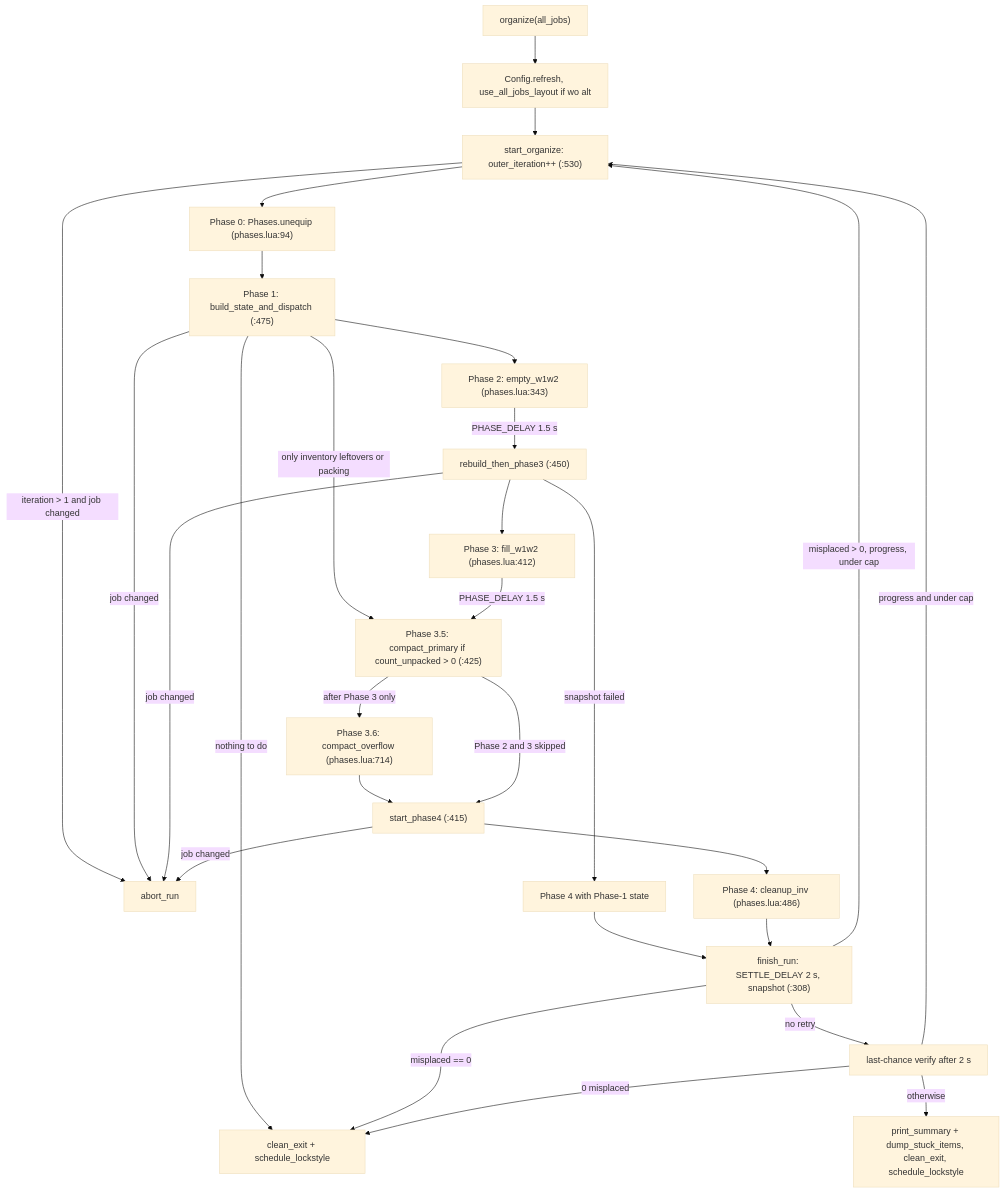
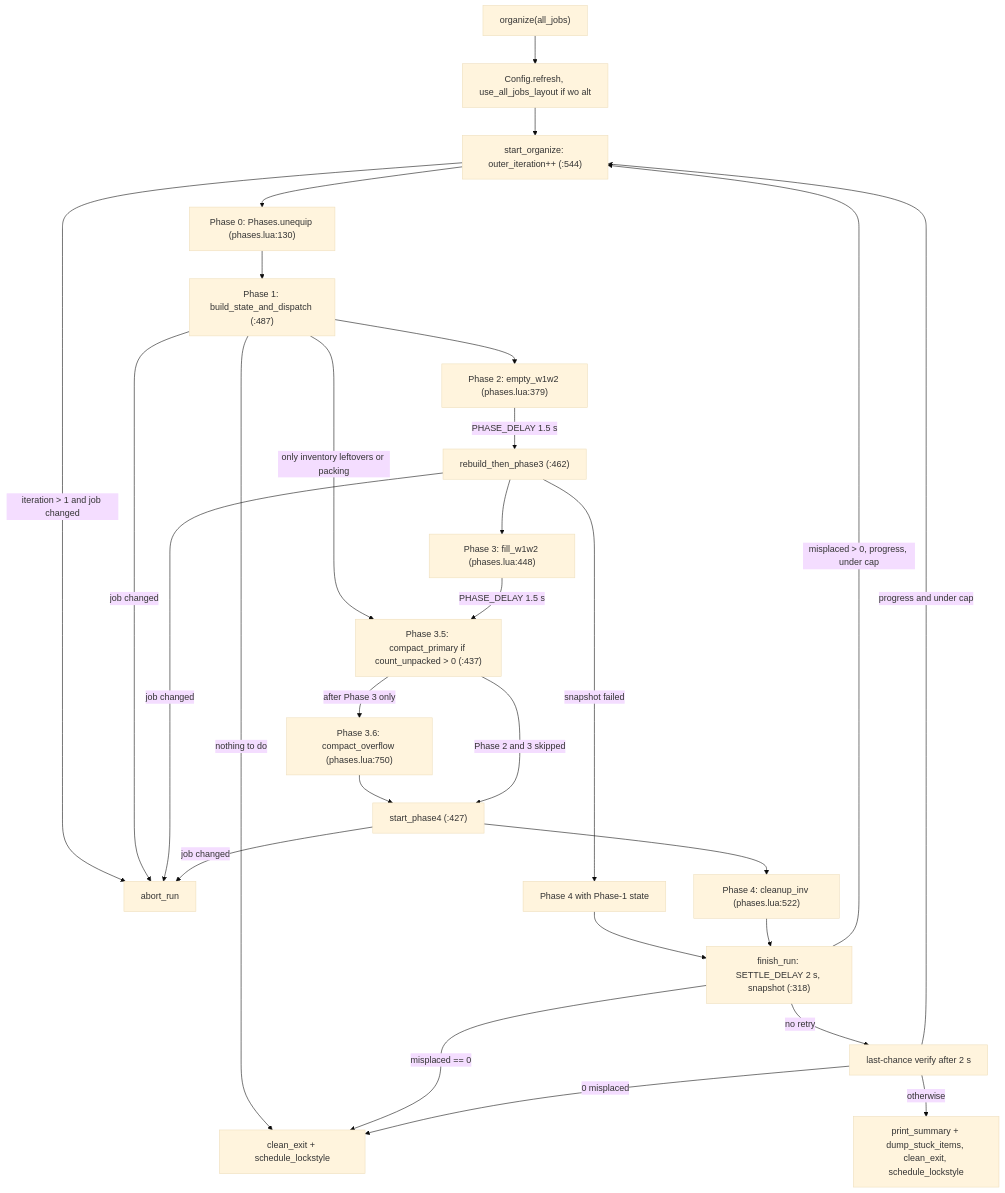
Before and after one commit to ejouanchicot/Gearswap: the first of 2 diagrams in docs/dev/systems/wardrobe-organizer.md, drawn with Mermaid (base theme). The commit also changed other lines of this file and 84 other files, not shown here.

````diff
--- a/docs/dev/systems/wardrobe-organizer.md
+++ b/docs/dev/systems/wardrobe-organizer.md
@@ -65,30 +65,30 @@
 ```mermaid
 flowchart TD
     A["organize(all_jobs)"] --> RF["Config.refresh, use_all_jobs_layout if wo alt"]
-    RF --> B["start_organize: outer_iteration++ (:530)"]
+    RF --> B["start_organize: outer_iteration++ (:544)"]
     B -->|"iteration > 1 and job changed"| X["abort_run"]
-    B --> P0["Phase 0: Phases.unequip (phases.lua:94)"]
-    P0 --> P1["Phase 1: build_state_and_dispatch (:475)"]
+    B --> P0["Phase 0: Phases.unequip (phases.lua:130)"]
+    P0 --> P1["Phase 1: build_state_and_dispatch (:487)"]
     P1 -->|"job changed"| X
     P1 -->|"nothing to do"| OK["clean_exit + schedule_lockstyle"]
     P1 -->|"only inventory leftovers or packing"| P35
-    P1 --> P2["Phase 2: empty_w1w2 (phases.lua:343)"]
-    P2 -->|"PHASE_DELAY 1.5 s"| R["rebuild_then_phase3 (:450)"]
+    P1 --> P2["Phase 2: empty_w1w2 (phases.lua:379)"]
+    P2 -->|"PHASE_DELAY 1.5 s"| R["rebuild_then_phase3 (:462)"]
     R -->|"job changed"| X
     R -->|"snapshot failed"| P4b["Phase 4 with Phase-1 state"]
-    R --> P3["Phase 3: fill_w1w2 (phases.lua:412)"]
-    P3 -->|"PHASE_DELAY 1.5 s"| P35["Phase 3.5: compact_primary if count_unpacked > 0 (:425)"]
-    P35 -->|"after Phase 3 only"| P36["Phase 3.6: compact_overflow (phases.lua:714)"]
-    P36 --> P4["start_phase4 (:415)"]
+    R --> P3["Phase 3: fill_w1w2 (phases.lua:448)"]
+    P3 -->|"PHASE_DELAY 1.5 s"| P35["Phase 3.5: compact_primary if count_unpacked > 0 (:437)"]
+    P35 -->|"after Phase 3 only"| P36["Phase 3.6: compact_overflow (phases.lua:750)"]
+    P36 --> P4["start_phase4 (:427)"]
     P35 -->|"Phase 2 and 3 skipped"| P4
     P4 -->|"job changed"| X
-    P4 --> C4["Phase 4: cleanup_inv (phases.lua:486)"]
+    P4 --> C4["Phase 4: cleanup_inv (phases.lua:522)"]
     P4b --> F
-    C4 --> F["finish_run: SETTLE_DELAY 2 s, snapshot (:308)"]
+    C4 --> F["finish_run: SETTLE_DELAY 2 s, snapshot (:318)"]
     F -->|"misplaced > 0, progress, under cap"| B
     F -->|"misplaced == 0"| OK
     F -->|"no retry"| V["last-chance verify after 2 s"]
     V -->|"0 misplaced"| OK
     V -->|"progress and under cap"| B
     V -->|"otherwise"| S["print_summary + dump_stuck_items, clean_exit, schedule_lockstyle"]
 ```
````
